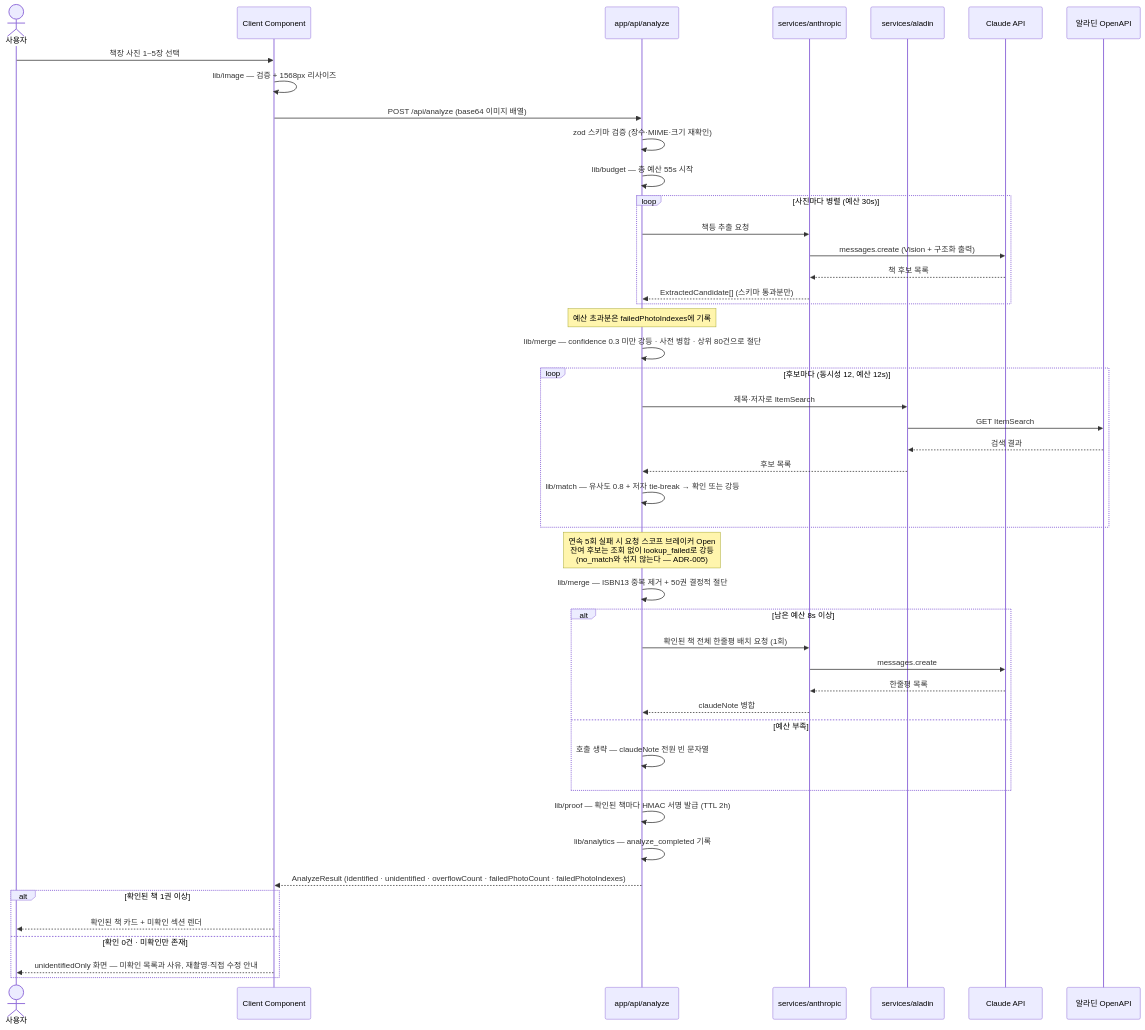
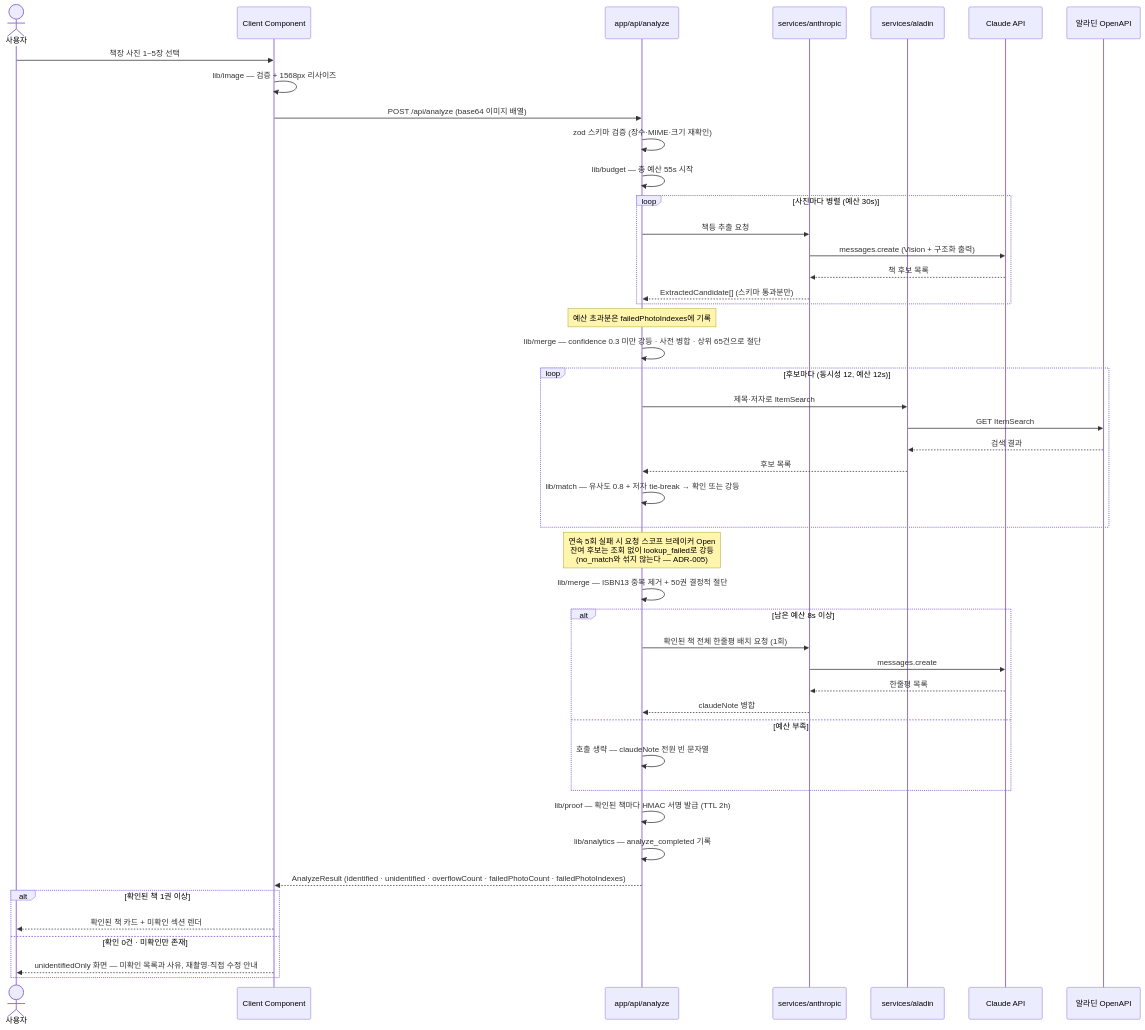
The third of 6 diagrams in docs/ARCHITECTURE.md (hyuham1335-stack/shelfie-app), drawn with Mermaid before and after one commit. The commit also changed 11 other files, not shown here.

````diff
--- a/docs/ARCHITECTURE.md
+++ b/docs/ARCHITECTURE.md
@@ -138,57 +138,57 @@
 ```mermaid
 sequenceDiagram
     actor U as 사용자
     participant C as Client Component
     participant R as app/api/analyze
     participant SA as services/anthropic
     participant SL as services/aladin
     participant EA as Claude API
     participant EL as 알라딘 OpenAPI
 
     U->>C: 책장 사진 1~5장 선택
     C->>C: lib/image — 검증 + 1568px 리사이즈
     C->>R: POST /api/analyze (base64 이미지 배열)
     R->>R: zod 스키마 검증 (장수·MIME·크기 재확인)
 
     R->>R: lib/budget — 총 예산 55s 시작
 
     loop 사진마다 병렬 (예산 30s)
         R->>SA: 책등 추출 요청
         SA->>EA: messages.create (Vision + 구조화 출력)
         EA-->>SA: 책 후보 목록
         SA-->>R: ExtractedCandidate[] (스키마 통과분만)
     end
     Note over R: 예산 초과분은 failedPhotoIndexes에 기록
 
-    R->>R: lib/merge — confidence 0.3 미만 강등 · 사전 병합 · 상위 80건으로 절단
+    R->>R: lib/merge — confidence 0.3 미만 강등 · 사전 병합 · 상위 65건으로 절단
 
     loop 후보마다 (동시성 12, 예산 12s)
         R->>SL: 제목·저자로 ItemSearch
         SL->>EL: GET ItemSearch
         EL-->>SL: 검색 결과
         SL-->>R: 후보 목록
         R->>R: lib/match — 유사도 0.8 + 저자 tie-break → 확인 또는 강등
     end
     Note over R: 연속 5회 실패 시 요청 스코프 브레이커 Open<br/>잔여 후보는 조회 없이 lookup_failed로 강등<br/>(no_match와 섞지 않는다 — ADR-005)
 
     R->>R: lib/merge — ISBN13 중복 제거 + 50권 결정적 절단
 
     alt 남은 예산 8s 이상
         R->>SA: 확인된 책 전체 한줄평 배치 요청 (1회)
         SA->>EA: messages.create
         EA-->>SA: 한줄평 목록
         SA-->>R: claudeNote 병합
     else 예산 부족
         R->>R: 호출 생략 — claudeNote 전원 빈 문자열
     end
 
     R->>R: lib/proof — 확인된 책마다 HMAC 서명 발급 (TTL 2h)
     R->>R: lib/analytics — analyze_completed 기록
     R-->>C: AnalyzeResult (identified · unidentified · overflowCount · failedPhotoCount · failedPhotoIndexes)
 
     alt 확인된 책 1권 이상
         C-->>U: 확인된 책 카드 + 미확인 섹션 렌더
     else 확인 0건 · 미확인만 존재
         C-->>U: unidentifiedOnly 화면 — 미확인 목록과 사유, 재촬영·직접 수정 안내
     end
 ```
````
